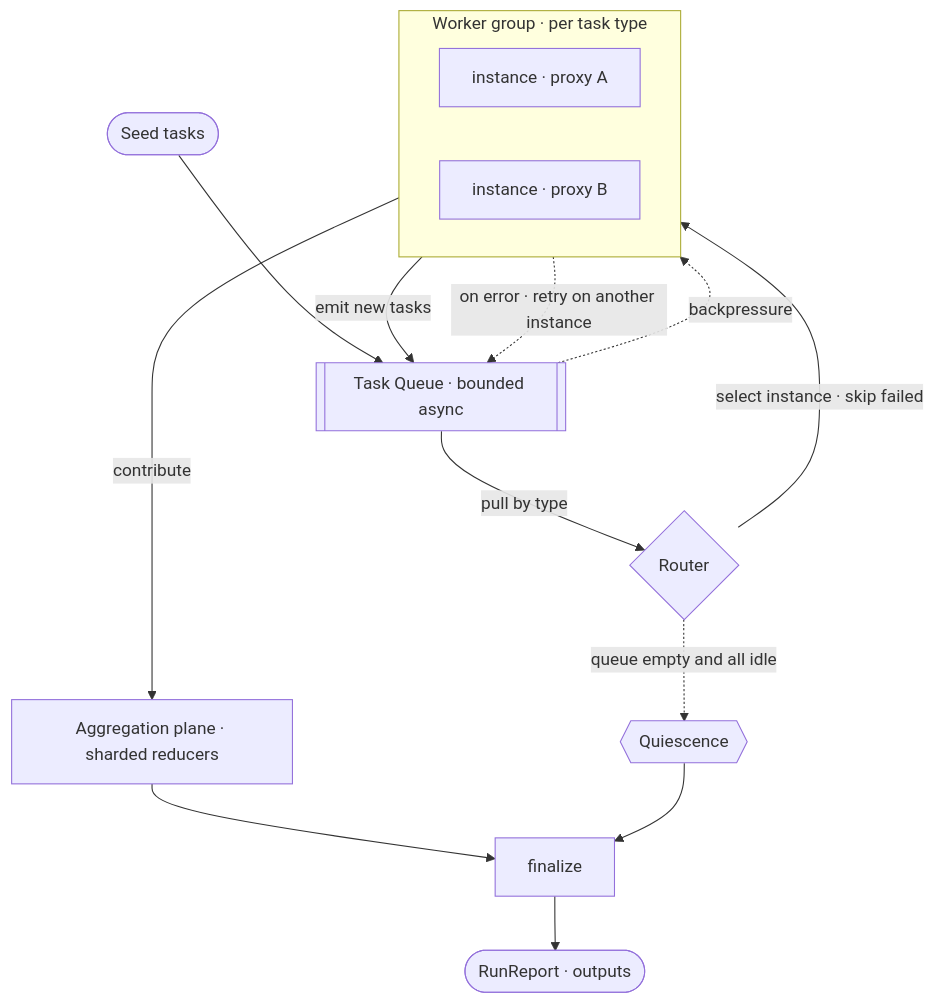
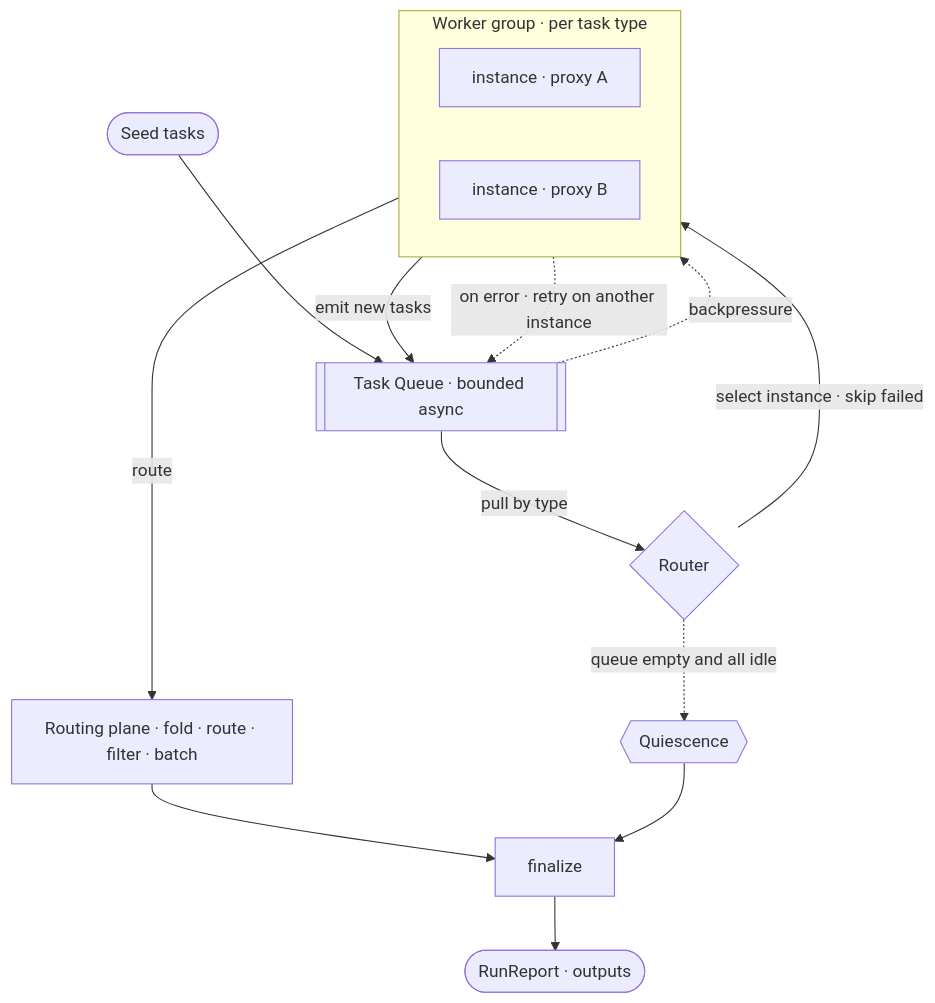
The diagram in README.md (wavelens/bask), drawn with Mermaid before and after one commit. The commit also changed other lines of this file and 16 other files, not shown here.

````diff
--- a/README.md
+++ b/README.md
@@ -5,19 +5,19 @@
 ```mermaid
 flowchart TD
     seed([Seed tasks]) --> Q[[Task Queue · bounded async]]
     Q -->|pull by type| R{Router}
     R -->|select instance · skip failed| WG
     subgraph WG [Worker group · per task type]
         direction LR
         WA[instance · proxy A]
         WB[instance · proxy B]
     end
     WG -->|emit new tasks| Q
-    WG -->|contribute| A[Aggregation plane · sharded reducers]
+    WG -->|route| A[Routing plane · fold · route · filter · batch]
     WG -. on error · retry on another instance .-> Q
     Q -. backpressure .-> WG
     R -. queue empty and all idle .-> Z{{Quiescence}}
     A --> F[finalize]
     Z --> F
     F --> OUT([RunReport · outputs])
 ```
````
